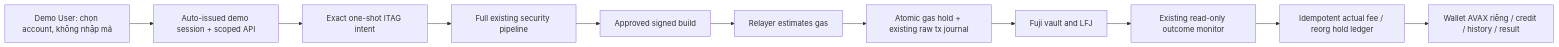
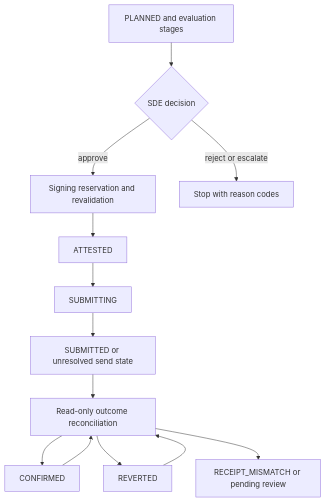
The ninth of 10 diagrams in docs/AI_Treasury_Security_System_Design_v2.1.md (ursuswh-metamorphic/PaceVant), drawn with Mermaid before and after one commit. The commit also changed other lines of this file and 132 other files, not shown here.

````diff
--- a/docs/AI_Treasury_Security_System_Design_v2.1.md
+++ b/docs/AI_Treasury_Security_System_Design_v2.1.md
@@ -1013,13 +958,15 @@
 ```mermaid
-flowchart LR
-  U[Demo User: chọn account, không nhập mã] --> D[Auto-issued demo session + scoped API]
-  D --> I[Exact one-shot ITAG intent]
-  I --> W[Full existing security pipeline]
-  W --> S[Approved signed build]
-  S --> R[Relayer estimates gas]
-  R --> DB[Atomic gas hold + existing raw tx journal]
-  DB --> F[Fuji vault and LFJ]
-  F --> M[Existing read-only outcome monitor]
-  M --> L[Idempotent actual fee / reorg hold ledger]
-  L --> UI[Wallet AVAX riêng / credit / history / result]
+flowchart TD
+    A[PLANNED and evaluation stages] --> D{SDE decision}
+    D -->|approve| R[Signing reservation and revalidation]
+    D -->|reject or escalate| STOP[Stop with reason codes]
+    R --> T[ATTESTED]
+    T --> S[SUBMITTING]
+    S --> U[SUBMITTED or unresolved send state]
+    U --> M[Read-only outcome reconciliation]
+    M --> C[CONFIRMED]
+    M --> V[REVERTED]
+    M --> X[RECEIPT_MISMATCH or pending review]
+    C --> M
+    V --> M
 ```
````
